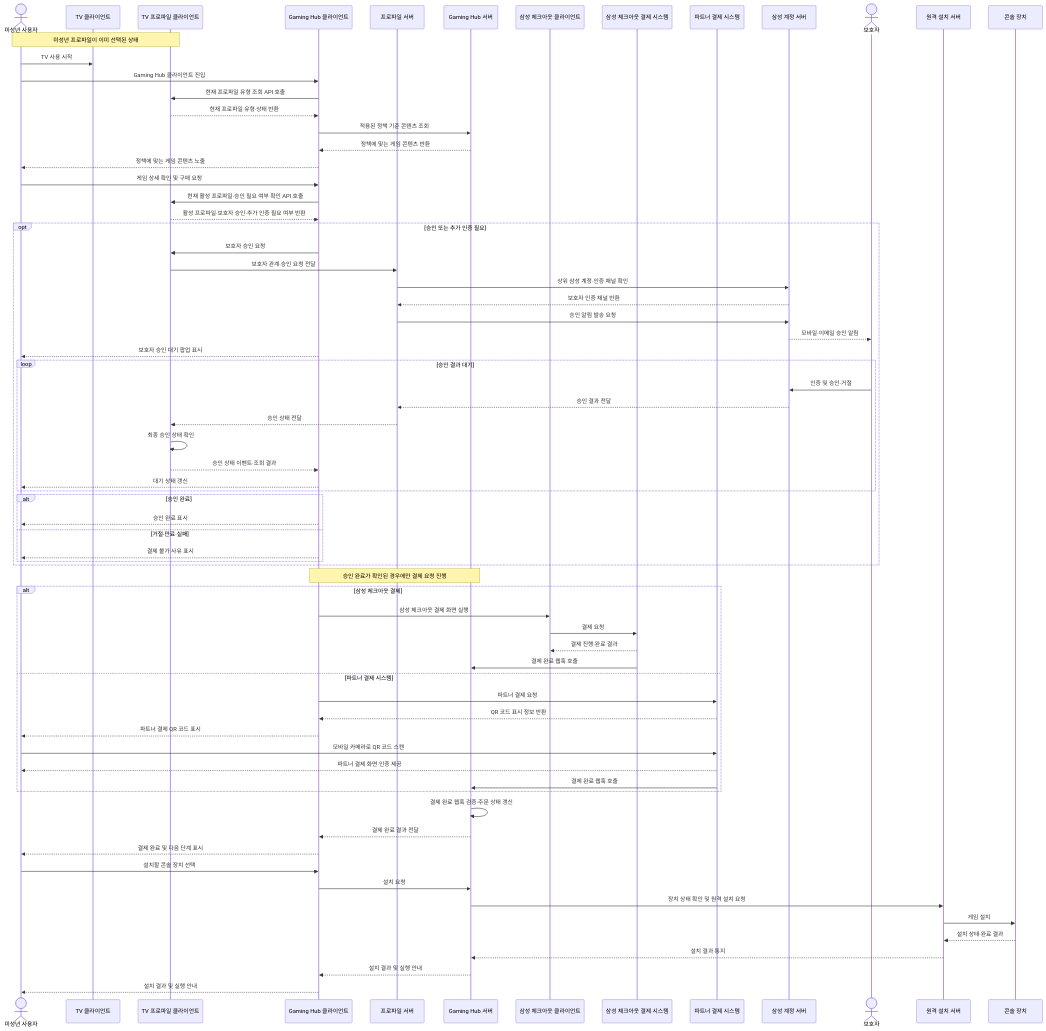
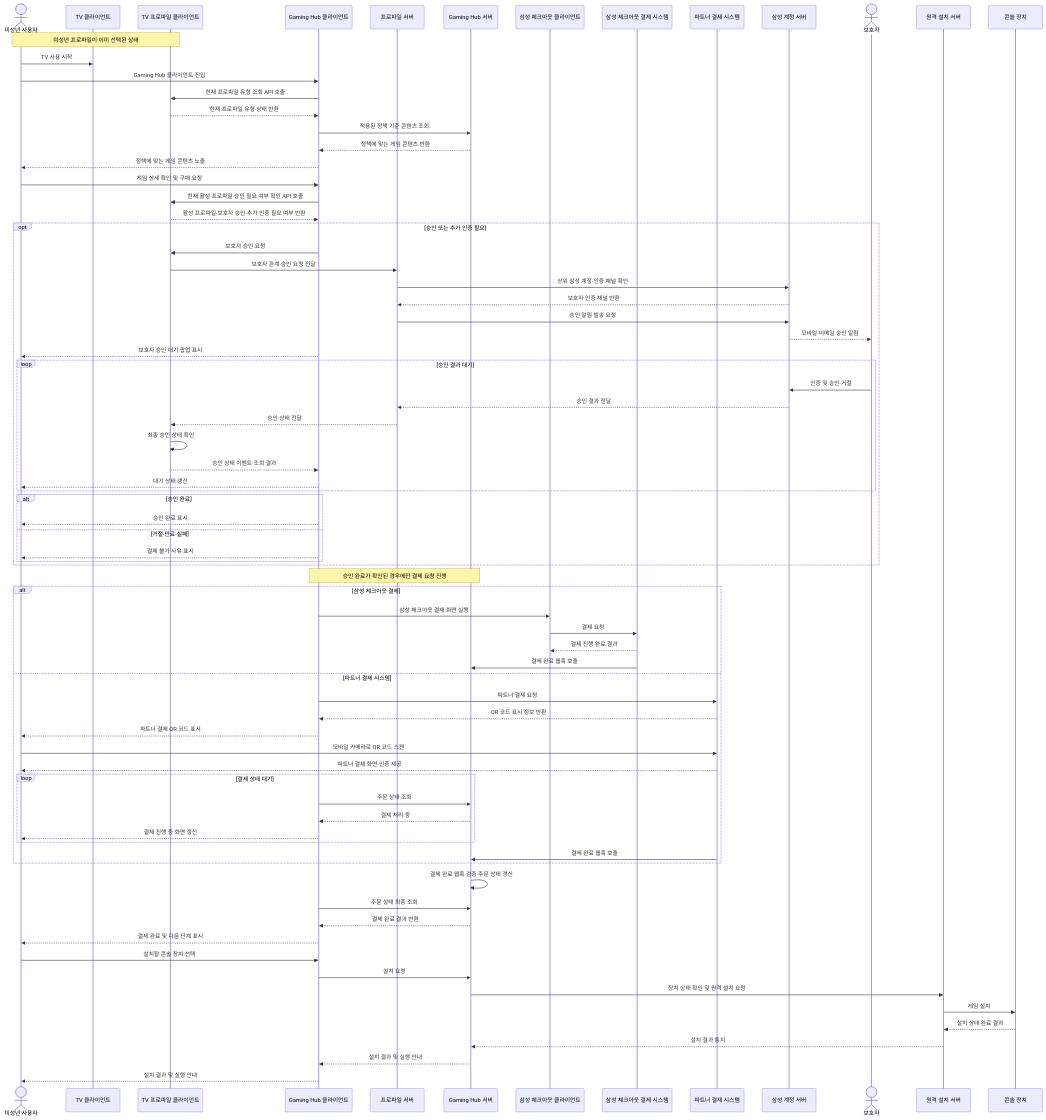
The first of 5 diagrams in docs/decision-point-2-architecture.md (seock04/gaming-hub-console-content), drawn with Mermaid before and after one commit. The commit also changed 1 other file, not shown here.

Commit message:
Document payment timing and status polling

````diff
--- a/docs/decision-point-2-architecture.md
+++ b/docs/decision-point-2-architecture.md
@@ -69,75 +69,81 @@
 ```mermaid
 sequenceDiagram
     actor User as 미성년 사용자
     participant TV as TV 클라이언트
     participant Profile as TV 프로파일 클라이언트
     participant HubClient as Gaming Hub 클라이언트
     participant ProfileServer as 프로파일 서버
     participant Hub as Gaming Hub 서버
     participant CheckoutClient as 삼성 체크아웃 클라이언트
     participant CheckoutServer as 삼성 체크아웃 결제 시스템
     participant PartnerPay as 파트너 결제 시스템
     participant Account as 삼성 계정 서버
     actor Parent as 보호자
     participant Install as 원격 설치 서버
     participant Console as 콘솔 장치
 
     Note over User,Profile: 미성년 프로파일이 이미 선택된 상태
     User->>TV: TV 사용 시작
     User->>HubClient: Gaming Hub 클라이언트 진입
     HubClient->>Profile: 현재 프로파일 유형 조회 API 호출
     Profile-->>HubClient: 현재 프로파일 유형·상태 반환
     HubClient->>Hub: 적용된 정책 기준 콘텐츠 조회
     Hub-->>HubClient: 정책에 맞는 게임 콘텐츠 반환
     HubClient-->>User: 정책에 맞는 게임 콘텐츠 노출
     User->>HubClient: 게임 상세 확인 및 구매 요청
     HubClient->>Profile: 현재 활성 프로파일·승인 필요 여부 확인 API 호출
     Profile-->>HubClient: 활성 프로파일·보호자 승인·추가 인증 필요 여부 반환
     opt 승인 또는 추가 인증 필요
         HubClient->>Profile: 보호자 승인 요청
         Profile->>ProfileServer: 보호자 관계·승인 요청 전달
         ProfileServer->>Account: 상위 삼성 계정·인증 채널 확인
         Account-->>ProfileServer: 보호자 인증 채널 반환
         ProfileServer->>Account: 승인 알림 발송 요청
         Account-->>Parent: 모바일·이메일 승인 알림
         HubClient-->>User: 보호자 승인 대기 팝업 표시
         loop 승인 결과 대기
             Parent->>Account: 인증 및 승인·거절
             Account-->>ProfileServer: 승인 결과 전달
             ProfileServer-->>Profile: 승인 상태 전달
             Profile->>Profile: 최종 승인 상태 확인
             Profile-->>HubClient: 승인 상태 이벤트·조회 결과
             HubClient-->>User: 대기 상태 갱신
         end
         alt 승인 완료
             HubClient-->>User: 승인 완료 표시
         else 거절·만료·실패
             HubClient-->>User: 결제 불가 사유 표시
         end
     end
     Note over HubClient,Hub: 승인 완료가 확인된 경우에만 결제 요청 진행
     alt 삼성 체크아웃 결제
         HubClient->>CheckoutClient: 삼성 체크아웃 결제 화면 실행
         CheckoutClient->>CheckoutServer: 결제 요청
         CheckoutServer-->>CheckoutClient: 결제 진행·완료 결과
         CheckoutServer->>Hub: 결제 완료 웹훅 호출
     else 파트너 결제 시스템
         HubClient->>PartnerPay: 파트너 결제 요청
         PartnerPay-->>HubClient: QR 코드 표시 정보 반환
         HubClient-->>User: 파트너 결제 QR 코드 표시
         User->>PartnerPay: 모바일 카메라로 QR 코드 스캔
         PartnerPay-->>User: 파트너 결제 화면·인증 제공
+        loop 결제 상태 대기
+            HubClient->>Hub: 주문 상태 조회
+            Hub-->>HubClient: 결제 처리 중
+            HubClient-->>User: 결제 진행 중 화면 갱신
+        end
         PartnerPay->>Hub: 결제 완료 웹훅 호출
     end
     Hub->>Hub: 결제 완료 웹훅 검증·주문 상태 갱신
-    Hub-->>HubClient: 결제 완료 결과 전달
+    HubClient->>Hub: 주문 상태 최종 조회
+    Hub-->>HubClient: 결제 완료 결과 반환
     HubClient-->>User: 결제 완료 및 다음 단계 표시
     User->>HubClient: 설치할 콘솔 장치 선택
     HubClient->>Hub: 설치 요청
     Hub->>Install: 장치 상태 확인 및 원격 설치 요청
     Install->>Console: 게임 설치
     Console-->>Install: 설치 상태·완료 결과
     Install-->>Hub: 설치 결과 통지
     Hub-->>HubClient: 설치 결과 및 실행 안내
     HubClient-->>User: 설치 결과 및 실행 안내
 ```
````
